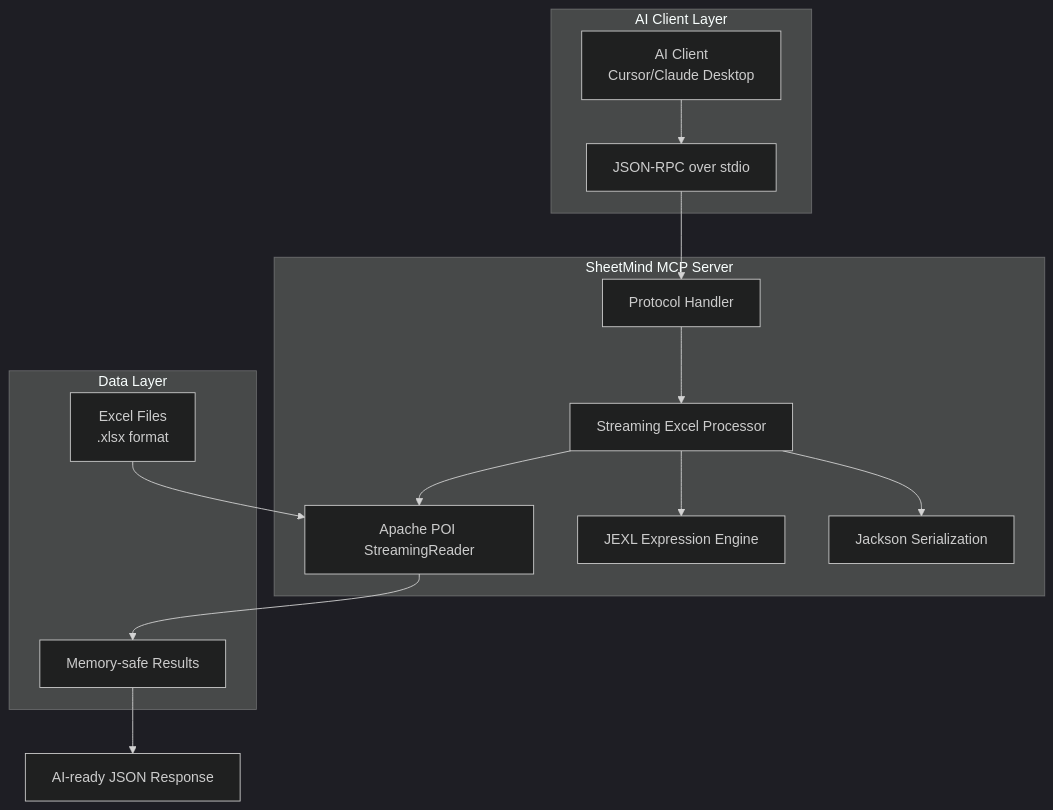
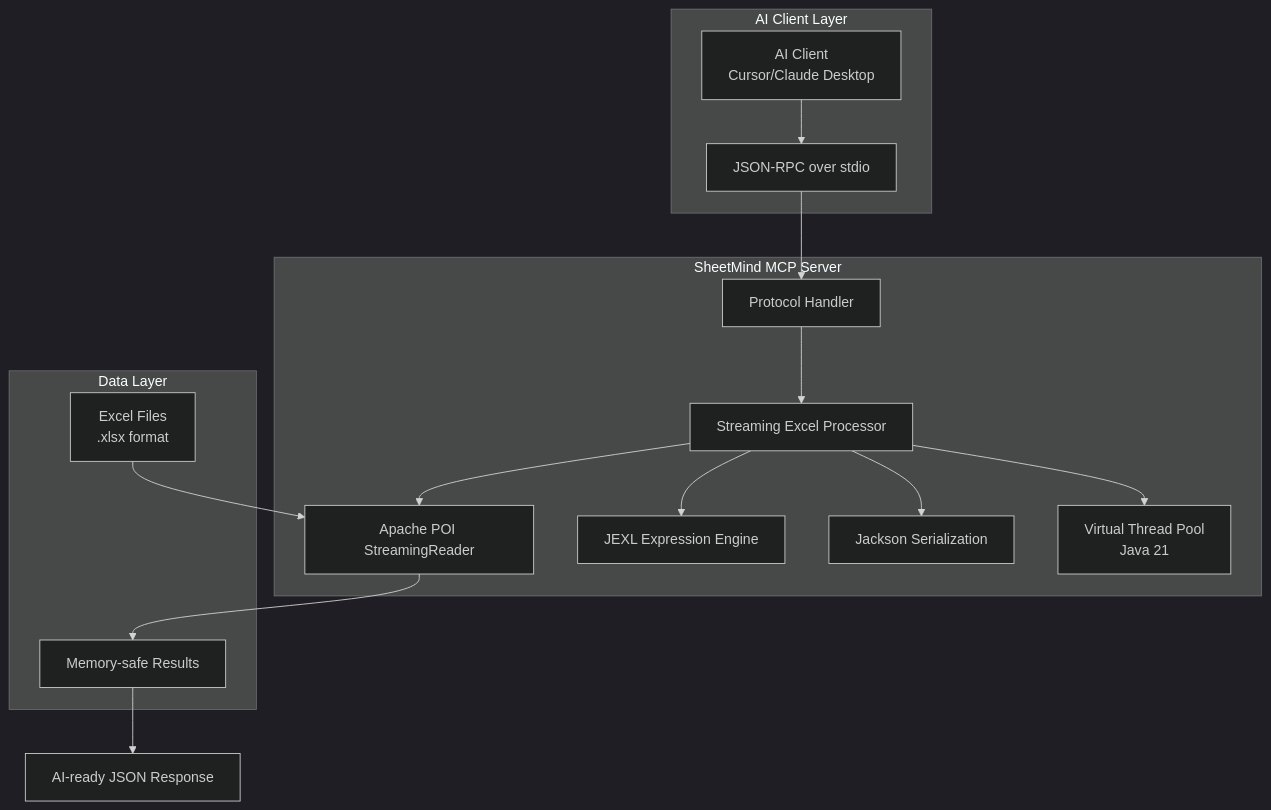
One commit to Raclez/sheetmind changed the diagram in README.md. Above: the diagram before and after it, drawn with Mermaid (dark theme). The commit also changed other lines of this file and 4 other files, not shown here.

````diff
--- a/README.md
+++ b/README.md
@@ -36,21 +39,22 @@
 ```mermaid
 graph TB
     subgraph "AI Client Layer"
         A[AI Client<br/>Cursor/Claude Desktop] --> B[JSON-RPC over stdio]
     end
-    
+
     subgraph "SheetMind MCP Server"
         B --> C[Protocol Handler]
         C --> D[Streaming Excel Processor]
         D --> E[Apache POI StreamingReader]
         D --> F[JEXL Expression Engine]
         D --> G[Jackson Serialization]
+        D --> H[Virtual Thread Pool<br/>Java 21]
     end
-    
+
     subgraph "Data Layer"
-        H[Excel Files<br/>.xlsx format] --> E
-        E --> I[Memory-safe Results]
+        I[Excel Files<br/>.xlsx format] --> E
+        E --> J[Memory-safe Results]
     end
-    
-    I --> J[AI-ready JSON Response]
+
+    J --> K[AI-ready JSON Response]
 ```
````
